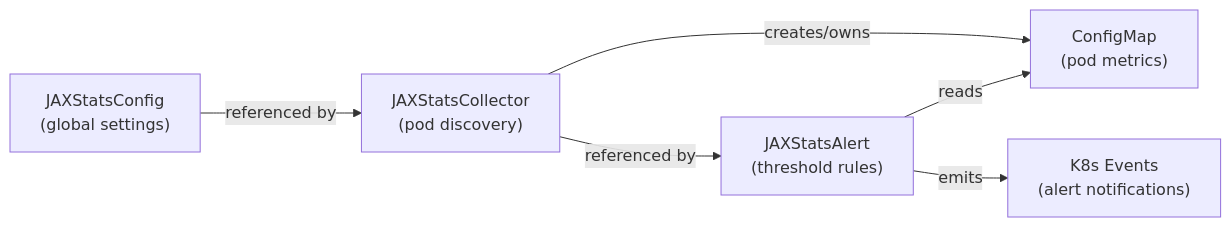
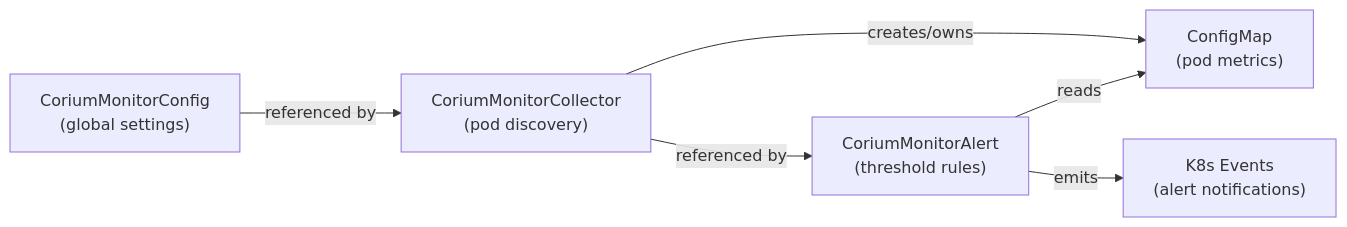
One commit to rsanandres/corium changed the second of 5 diagrams in operator/README.md. Above: the diagram before and after it, drawn with Mermaid. The commit also changed other lines of this file and 111 other files, not shown here.

First line of the commit message:
Rename JaxStats to CoriumMonitor, expand Grafana dashboard, fix demo

````diff
--- a/operator/README.md
+++ b/operator/README.md
@@ -51,14 +53,14 @@
 ```mermaid
 graph LR
-    CFG["JAXStatsConfig\n(global settings)"]
-    COL["JAXStatsCollector\n(pod discovery)"]
-    ALT["JAXStatsAlert\n(threshold rules)"]
+    CFG["CoriumMonitorConfig\n(global settings)"]
+    COL["CoriumMonitorCollector\n(pod discovery)"]
+    ALT["CoriumMonitorAlert\n(threshold rules)"]
     CM["ConfigMap\n(pod metrics)"]
     EV["K8s Events\n(alert notifications)"]
 
     CFG -->|referenced by| COL
     COL -->|referenced by| ALT
     COL -->|creates/owns| CM
     ALT -->|reads| CM
     ALT -->|emits| EV
 ```
````
